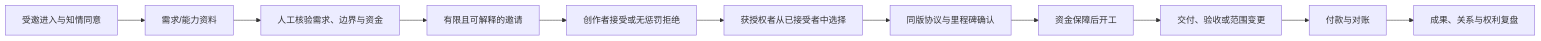
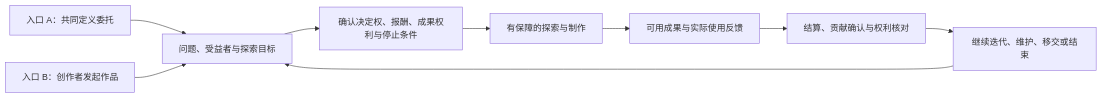
One commit to BillShiyaoZhang/desire-supply changed the first of 2 diagrams in docs/foundations/product-and-pilot-definition.md. Above: the diagram before and after it, drawn with Mermaid. The commit also changed other lines of this file and 18 other files, not shown here.

````diff
--- a/docs/foundations/product-and-pilot-definition.md
+++ b/docs/foundations/product-and-pilot-definition.md
@@ -121,13 +143,11 @@
 ```mermaid
 flowchart LR
-    A["受邀进入与知情同意"] --> B["需求/能力资料"]
-    B --> C["人工核验需求、边界与资金"]
-    C --> D["有限且可解释的邀请"]
-    D --> E["创作者接受或无惩罚拒绝"]
-    E --> F["获授权者从已接受者中选择"]
-    F --> G["同版协议与里程碑确认"]
-    G --> H["资金保障后开工"]
-    H --> I["交付、验收或范围变更"]
-    I --> J["付款与对账"]
-    J --> K["成果、关系与权利复盘"]
+    A["入口 A：共同定义委托"] --> C["问题、受益者与探索目标"]
+    B["入口 B：创作者发起作品"] --> C
+    C --> D["确认决定权、报酬、成果权利与停止条件"]
+    D --> E["有保障的探索与制作"]
+    E --> F["可用成果与实际使用反馈"]
+    F --> G["结算、贡献确认与权利核对"]
+    G --> H["继续迭代、维护、移交或结束"]
+    H --> C
 ```
````
